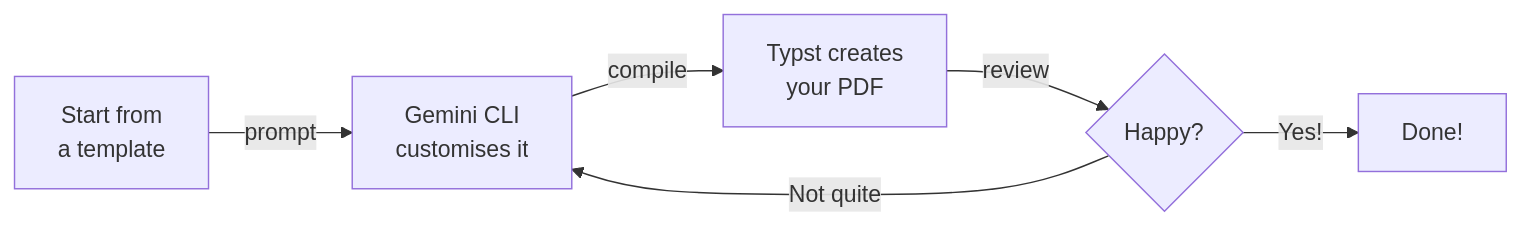
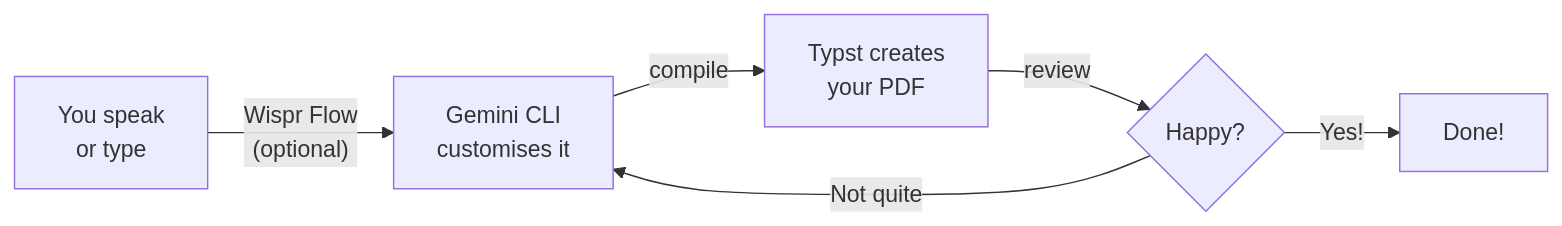
One commit to ChanMeng666/her-waka changed the diagram in tutorial/professional-pdf/build-first-pdf.mdx. Above: the diagram before and after it, drawn with Mermaid. The commit also changed other lines of this file and 38 other files, not shown here.

First line of the commit message:
feat: add voice-first Obsidian CLI tutorials and refactor all tutorials for Wispr Flow + Gemini CLI

````diff
--- a/tutorial/professional-pdf/build-first-pdf.mdx
+++ b/tutorial/professional-pdf/build-first-pdf.mdx
@@ -12,8 +16,8 @@
 ```mermaid
 flowchart LR
-    A["Start from\na template"] -->|"prompt"| B["Gemini CLI\ncustomises it"]
+    A["You speak\nor type"] -->|"Wispr Flow\n(optional)"| B["Gemini CLI\ncustomises it"]
     B -->|"compile"| C["Typst creates\nyour PDF"]
     C -->|"review"| D{"Happy?"}
     D -->|"Not quite"| B
     D -->|"Yes!"| E["Done!"]
 ```
````
